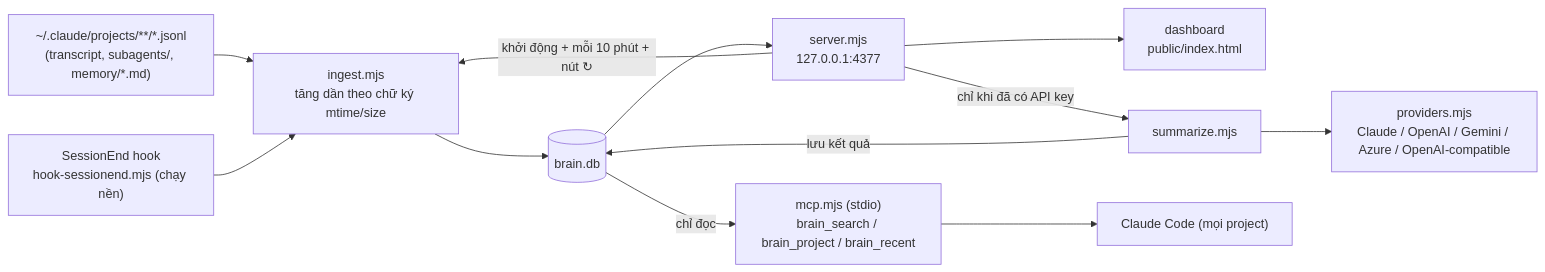
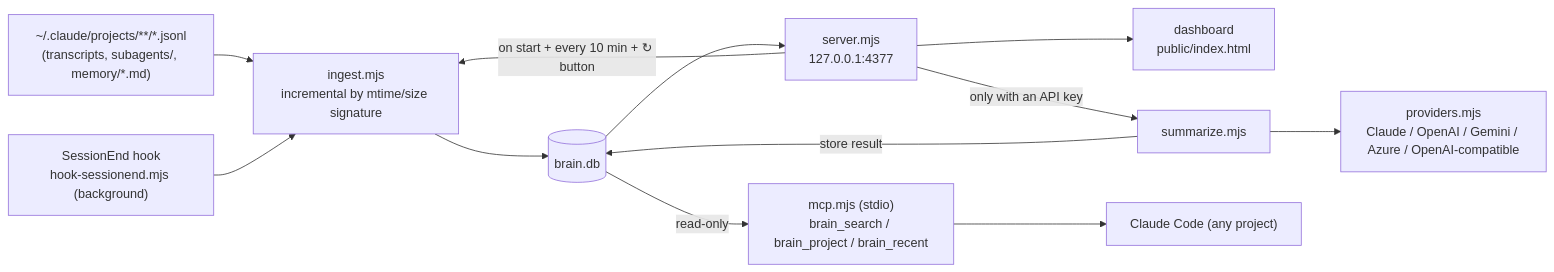
Before and after one commit to hienct-fpt/personal-brain: the first of 5 diagrams in docs/PLAN.md, drawn with Mermaid. The commit also changed other lines of this file and 11 other files, not shown here.

````diff
--- a/docs/PLAN.md
+++ b/docs/PLAN.md
@@ -35,14 +37,14 @@
 ```mermaid
 flowchart LR
-  T["~/.claude/projects/**/*.jsonl<br/>(transcript, subagents/, memory/*.md)"] --> I
-  H["SessionEnd hook<br/>hook-sessionend.mjs (chạy nền)"] --> I
-  I["ingest.mjs<br/>tăng dần theo chữ ký mtime/size"] --> DB[("brain.db")]
+  T["~/.claude/projects/**/*.jsonl<br/>(transcripts, subagents/, memory/*.md)"] --> I
+  H["SessionEnd hook<br/>hook-sessionend.mjs (background)"] --> I
+  I["ingest.mjs<br/>incremental by mtime/size signature"] --> DB[("brain.db")]
   DB --> S["server.mjs<br/>127.0.0.1:4377"]
   S --> UI["dashboard<br/>public/index.html"]
-  S -->|"khởi động + mỗi 10 phút + nút ↻"| I
-  S -->|"chỉ khi đã có API key"| SM["summarize.mjs"]
+  S -->|"on start + every 10 min + ↻ button"| I
+  S -->|"only with an API key"| SM["summarize.mjs"]
   SM --> P["providers.mjs<br/>Claude / OpenAI / Gemini / Azure / OpenAI-compatible"]
-  SM -->|"lưu kết quả"| DB
-  DB -->|"chỉ đọc"| M["mcp.mjs (stdio)<br/>brain_search / brain_project / brain_recent"]
-  M --> CC["Claude Code (mọi project)"]
+  SM -->|"store result"| DB
+  DB -->|"read-only"| M["mcp.mjs (stdio)<br/>brain_search / brain_project / brain_recent"]
+  M --> CC["Claude Code (any project)"]
 ```
````
